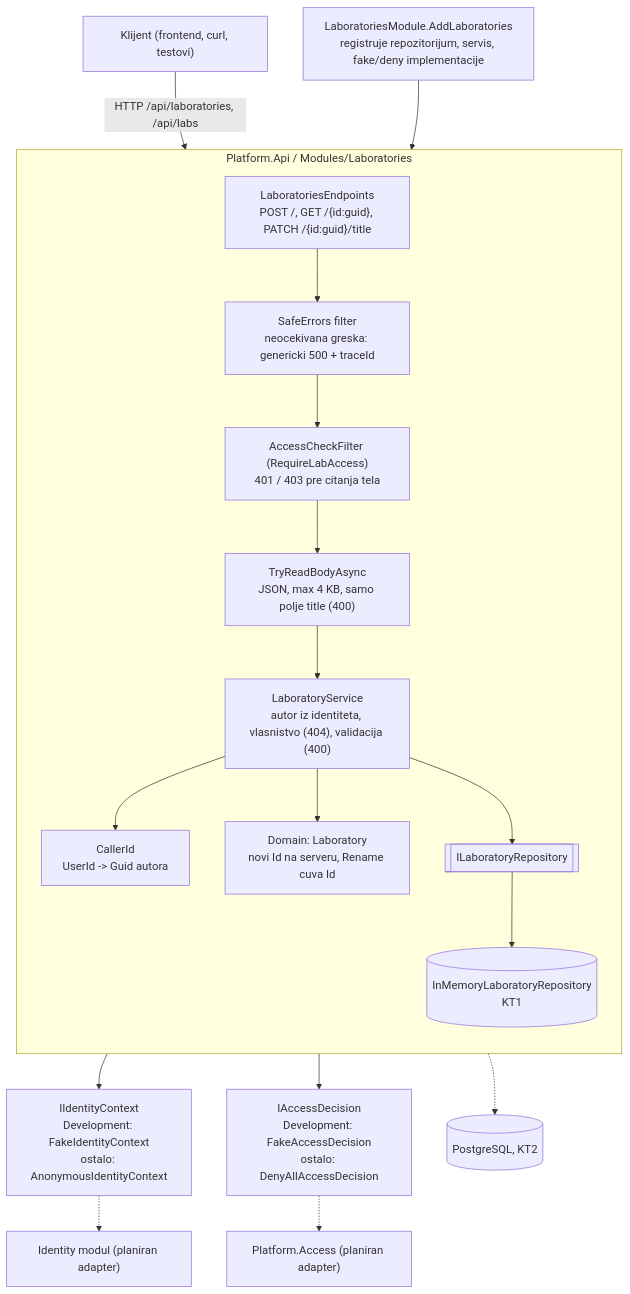
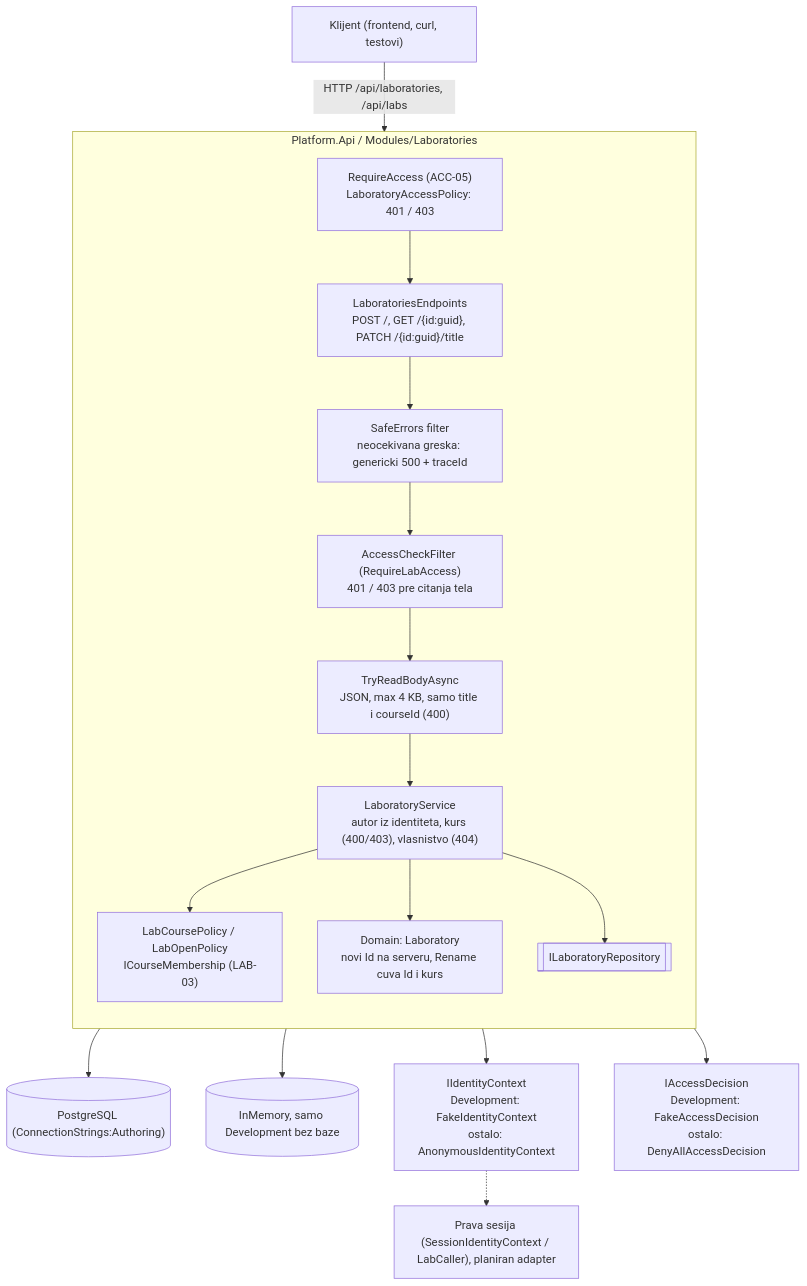
One commit to owlCoder/security-lab changed the first of 2 diagrams in docs/components/LAB-01-api.md. Above: the diagram before and after it, drawn with Mermaid. The commit also changed other lines of this file, not shown here.

Commit message:
LAB-01: dokumentacija za KT2 i rezultati provjere toka

````diff
--- a/docs/components/LAB-01-api.md
+++ b/docs/components/LAB-01-api.md
@@ -51,29 +106,28 @@
 ```mermaid
 flowchart TB
-  CLIENT["Klijent (frontend, curl, testovi)"] -->|"HTTP /api/laboratories, /api/labs"| ROUTES
+  CLIENT["Klijent (frontend, curl, testovi)"] -->|"HTTP /api/laboratories, /api/labs"| ACC5
 
   subgraph API["Platform.Api / Modules/Laboratories"]
     direction TB
+    ACC5["RequireAccess (ACC-05)<br/>LaboratoryAccessPolicy: 401 / 403"]
     ROUTES["LaboratoriesEndpoints<br/>POST /, GET /{id:guid}, PATCH /{id:guid}/title"]
     SAFE["SafeErrors filter<br/>neocekivana greska: genericki 500 + traceId"]
     FILTER["AccessCheckFilter (RequireLabAccess)<br/>401 / 403 pre citanja tela"]
-    BODY["TryReadBodyAsync<br/>JSON, max 4 KB, samo polje title (400)"]
-    SERVICE["LaboratoryService<br/>autor iz identiteta, vlasnistvo (404), validacija (400)"]
-    CALLER["CallerId<br/>UserId -> Guid autora"]
-    DOMAIN["Domain: Laboratory<br/>novi Id na serveru, Rename cuva Id"]
+    BODY["TryReadBodyAsync<br/>JSON, max 4 KB, samo title i courseId (400)"]
+    SERVICE["LaboratoryService<br/>autor iz identiteta, kurs (400/403), vlasnistvo (404)"]
+    COURSE["LabCoursePolicy / LabOpenPolicy<br/>ICourseMembership (LAB-03)"]
+    DOMAIN["Domain: Laboratory<br/>novi Id na serveru, Rename cuva Id i kurs"]
     REPO[["ILaboratoryRepository"]]
-    MEM[("InMemoryLaboratoryRepository<br/>KT1")]
 
-    ROUTES --> SAFE --> FILTER --> BODY --> SERVICE
-    SERVICE --> CALLER
+    ACC5 --> ROUTES --> SAFE --> FILTER --> BODY --> SERVICE
+    SERVICE --> COURSE
     SERVICE --> DOMAIN
-    SERVICE --> REPO --> MEM
+    SERVICE --> REPO
   end
 
+  REPO --> PG[("PostgreSQL (ConnectionStrings:Authoring)")]
+  REPO --> MEM[("InMemory, samo Development bez baze")]
   FILTER --> IDC["IIdentityContext<br/>Development: FakeIdentityContext<br/>ostalo: AnonymousIdentityContext"]
   FILTER --> ACD["IAccessDecision<br/>Development: FakeAccessDecision<br/>ostalo: DenyAllAccessDecision"]
-  REPO -.-> PG[("PostgreSQL, KT2")]
-  IDC -.-> IDN["Identity modul (planiran adapter)"]
-  ACD -.-> ACC["Platform.Access (planiran adapter)"]
-  MODULE["LaboratoriesModule.AddLaboratories<br/>registruje repozitorijum, servis, fake/deny implementacije"] --> API
+  IDC -.-> IDN["Prava sesija (SessionIdentityContext / LabCaller), planiran adapter"]
 ```
````
